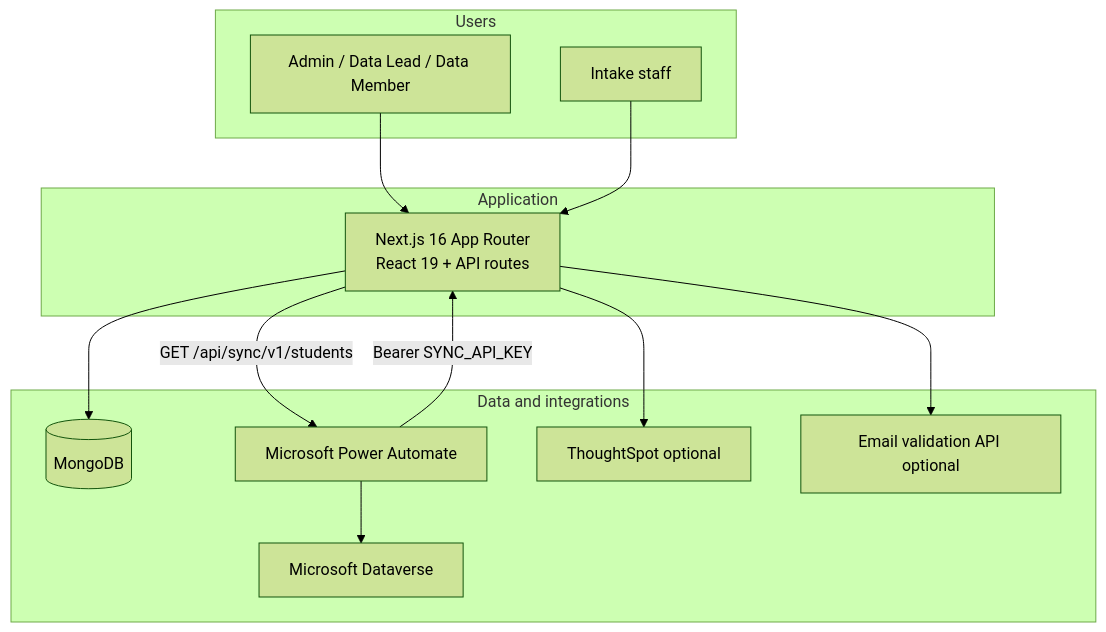
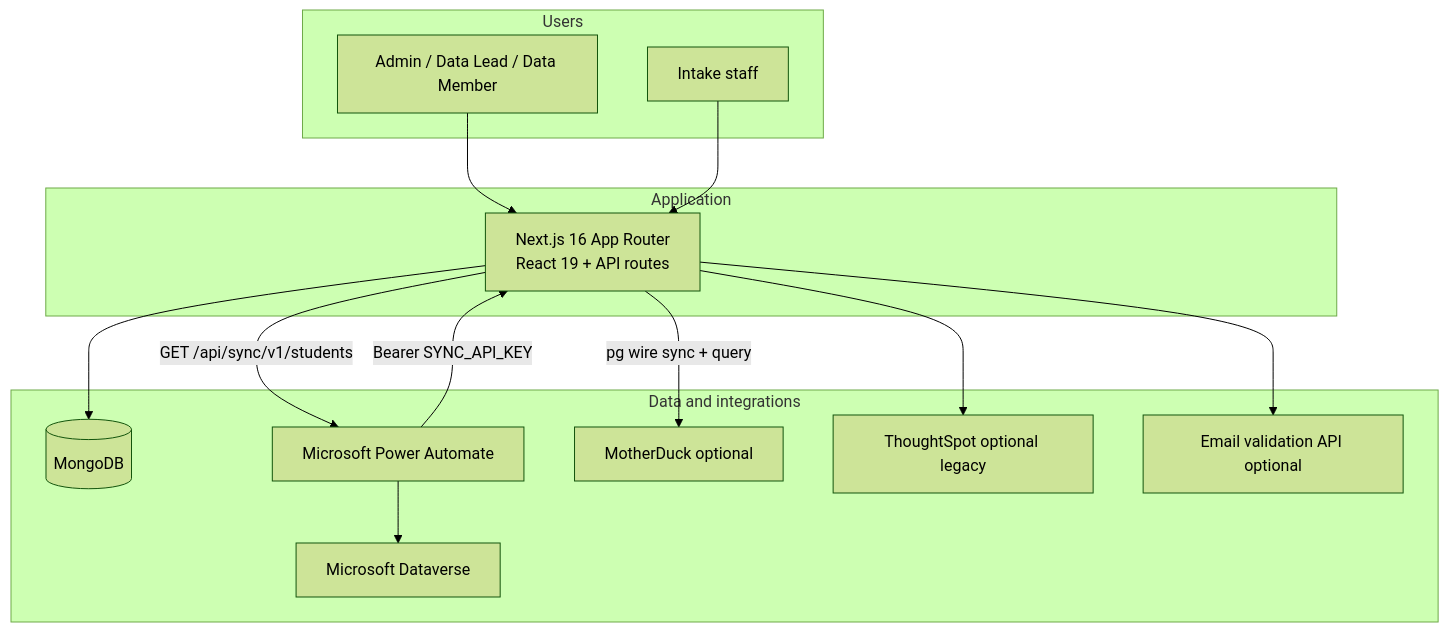
The diagram in docs/contributors/system-architecture.mdx (jjaramillodoe/student-label-system), drawn with Mermaid (forest theme) before and after one commit. The commit also changed other lines of this file and 12 other files, not shown here.

First line of the commit message:
Update documentation to reflect MotherDuck integration and analytics changes

````diff
--- a/docs/contributors/system-architecture.mdx
+++ b/docs/contributors/system-architecture.mdx
@@ -14,28 +14,30 @@
 ```mermaid
 flowchart TB
   subgraph users [Users]
     Admin[Admin / Data Lead / Data Member]
     Intake[Intake staff]
   end
 
   subgraph app [Application]
     Next[Next.js 16 App Router<br/>React 19 + API routes]
   end
 
   subgraph data [Data and integrations]
     Mongo[(MongoDB)]
     PA[Microsoft Power Automate]
     DV[Microsoft Dataverse]
-    TS[ThoughtSpot optional]
+    MD[MotherDuck optional]
+    TS[ThoughtSpot optional legacy]
     EmailVal[Email validation API optional]
   end
 
   Admin --> Next
   Intake --> Next
   Next --> Mongo
   PA -->|Bearer SYNC_API_KEY| Next
   Next -->|GET /api/sync/v1/students| PA
   PA --> DV
+  Next -->|pg wire sync + query| MD
   Next --> TS
   Next --> EmailVal
 ```
````
